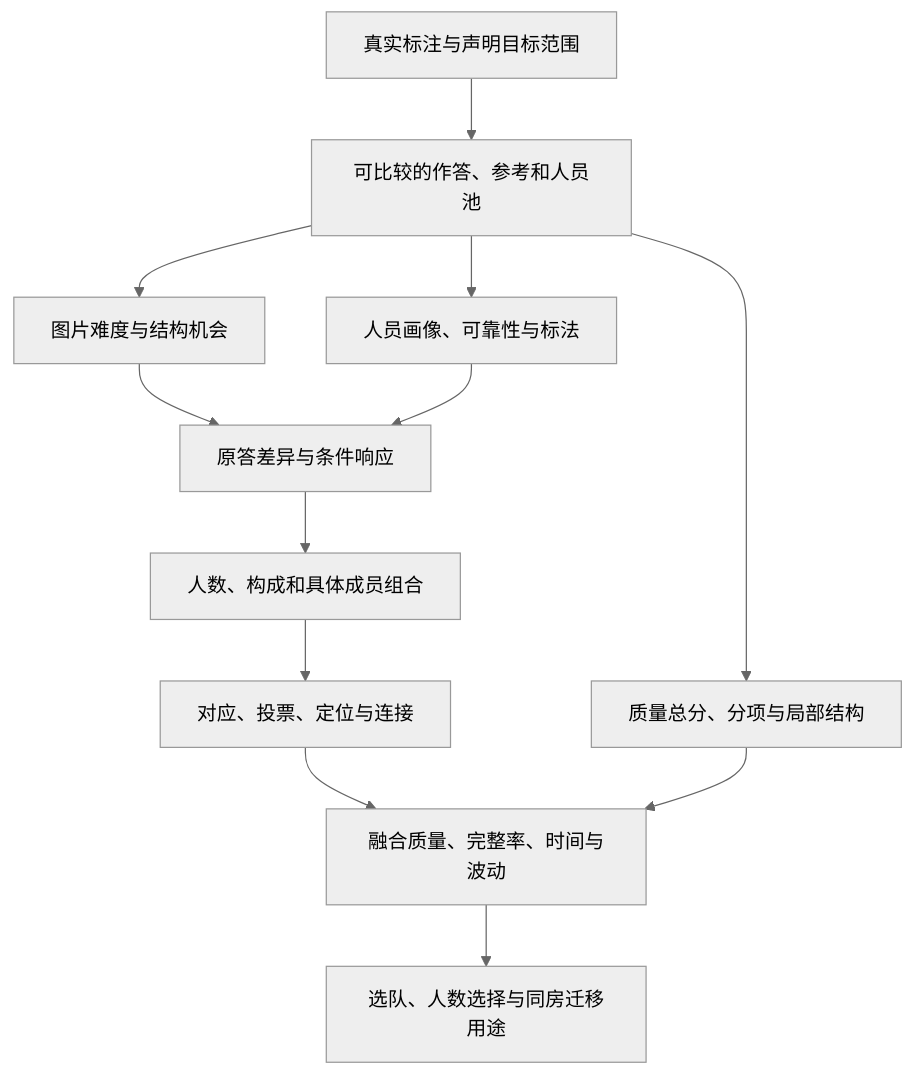
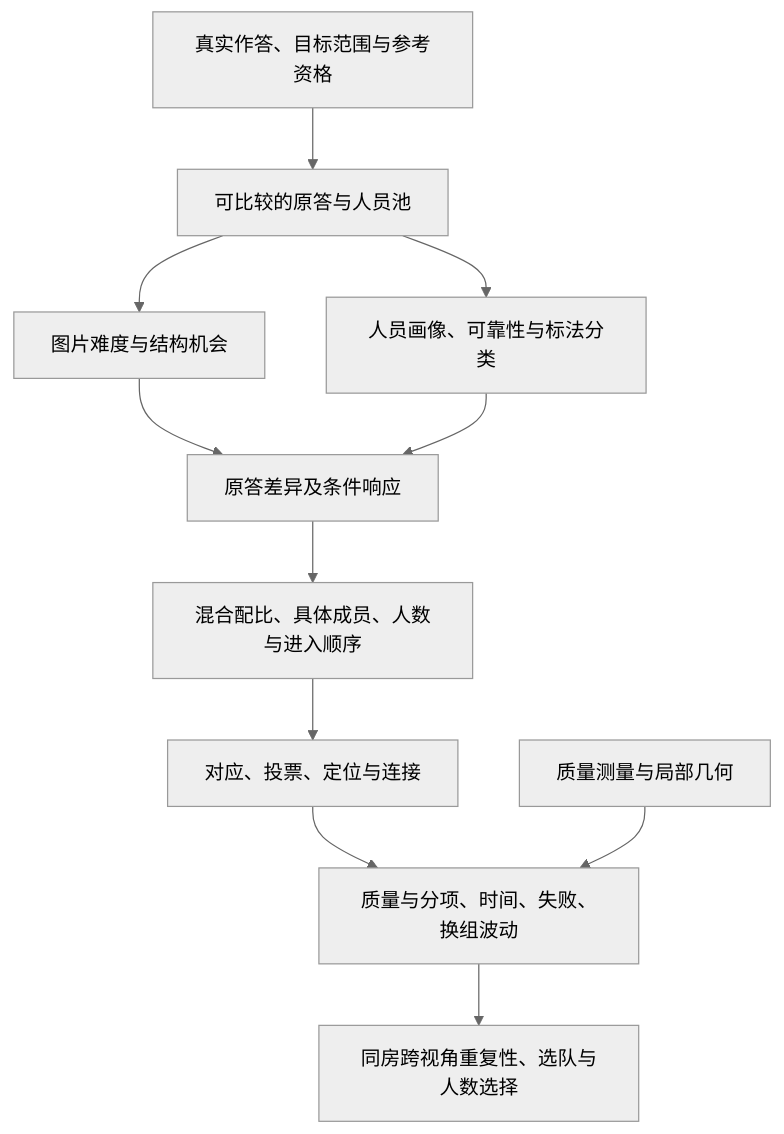
The diagram in research/statistics/research_closeout_20261022/CONCLUSIONS_ZH.md (Sparkling-Flames/3D_Manhattan_label), drawn with Mermaid (neutral theme) before and after one commit. The commit also changed other lines of this file and 246 other files, not shown here.

````diff
--- a/research/statistics/research_closeout_20261022/CONCLUSIONS_ZH.md
+++ b/research/statistics/research_closeout_20261022/CONCLUSIONS_ZH.md
@@ -11,14 +13,13 @@
 ```mermaid
 flowchart TD
- A[真实标注与声明目标范围] --> B[可比较的作答、参考和人员池]
- B --> C[质量总分、分项与局部结构]
- B --> D[图片难度与结构机会]
- B --> E[人员画像、可靠性与标法]
- D --> F[原答差异与条件响应]
- E --> F
- F --> G[人数、构成和具体成员组合]
- G --> H[对应、投票、定位与连接]
- H --> I[融合质量、完整率、时间与波动]
- C --> I
- I --> J[选队、人数选择与同房迁移用途]
+ A[真实作答、目标范围与参考资格] --> B[可比较的原答与人员池]
+ B --> C[图片难度与结构机会]
+ B --> D[人员画像、可靠性与标法分类]
+ C --> E[原答差异及条件响应]
+ D --> E
+ E --> F[混合配比、具体成员、人数与进入顺序]
+ F --> G[对应、投票、定位与连接]
+ G --> H[质量与分项、时间、失败、换组波动]
+ H --> I[同房跨视角重复性、选队与人数选择]
+ J[质量测量与局部几何] --> H
 ```
````
